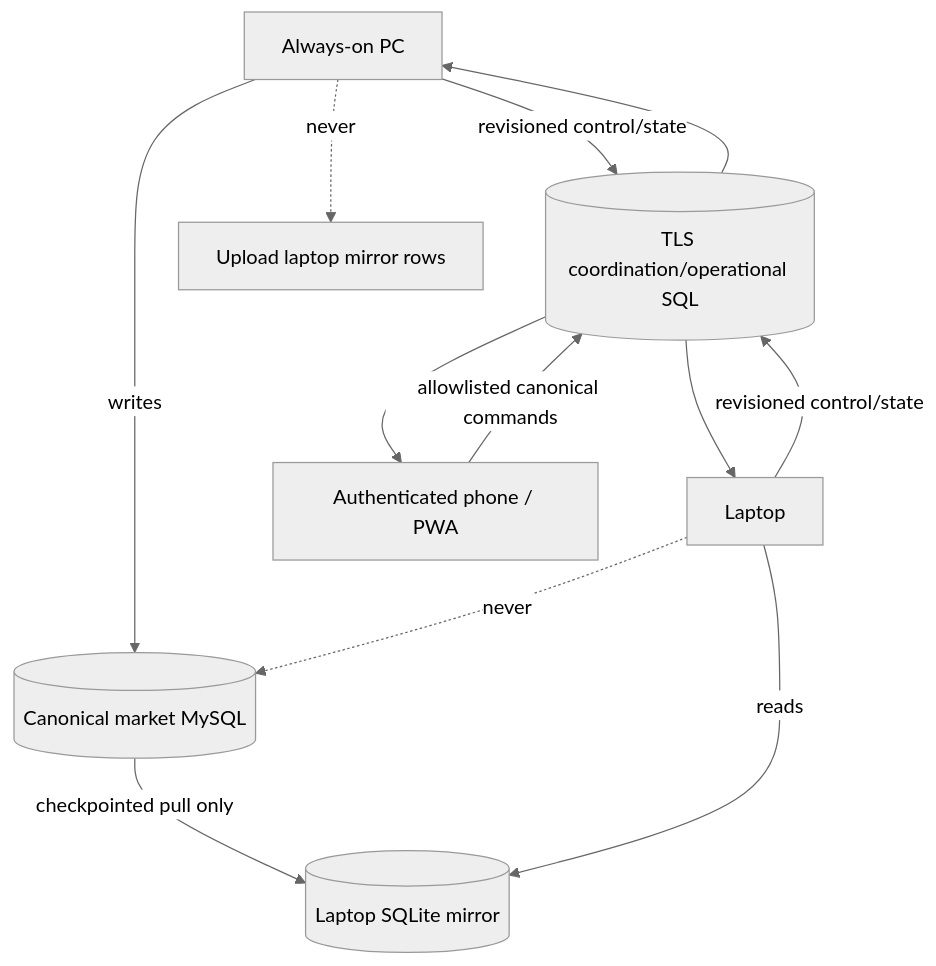
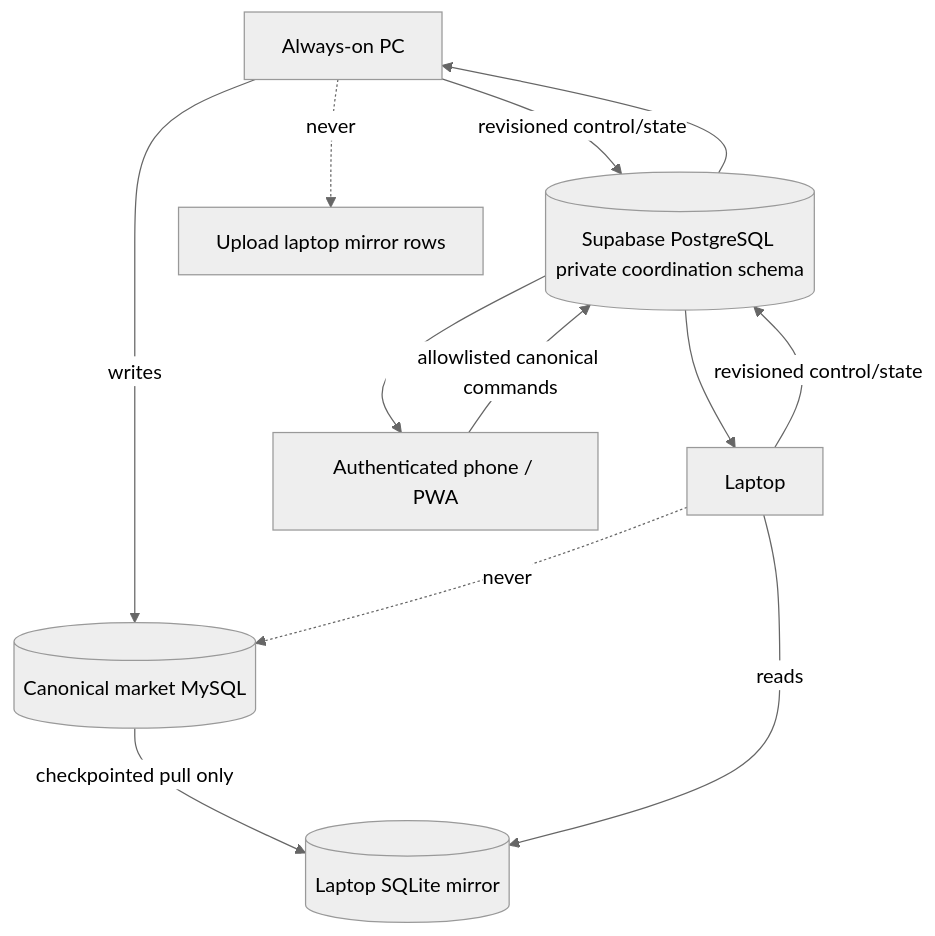
The diagram in docs/wiki/Synchronization.md (cafe-auvers/quant_app), drawn with Mermaid (neutral theme) before and after one commit. The commit also changed other lines of this file and 49 other files, not shown here.

````diff
--- a/docs/wiki/Synchronization.md
+++ b/docs/wiki/Synchronization.md
@@ -6,16 +6,16 @@
 ```mermaid
 flowchart TB
     PC[Always-on PC] -->|writes| MySQL[(Canonical market MySQL)]
     MySQL -->|checkpointed pull only| Mirror[(Laptop SQLite mirror)]
     Laptop[Laptop] -->|reads| Mirror
 
-    PC -->|revisioned control/state| Coord[(TLS coordination/operational SQL)]
+    PC -->|revisioned control/state| Coord[(Supabase PostgreSQL private coordination schema)]
     Laptop -->|revisioned control/state| Coord
     Web[Authenticated phone / PWA] -->|allowlisted canonical commands| Coord
     Coord --> PC
     Coord --> Laptop
     Coord --> Web
 
     PC -. never .-> Upload[Upload laptop mirror rows]
     Laptop -. never .-> MySQL
 ```
````
